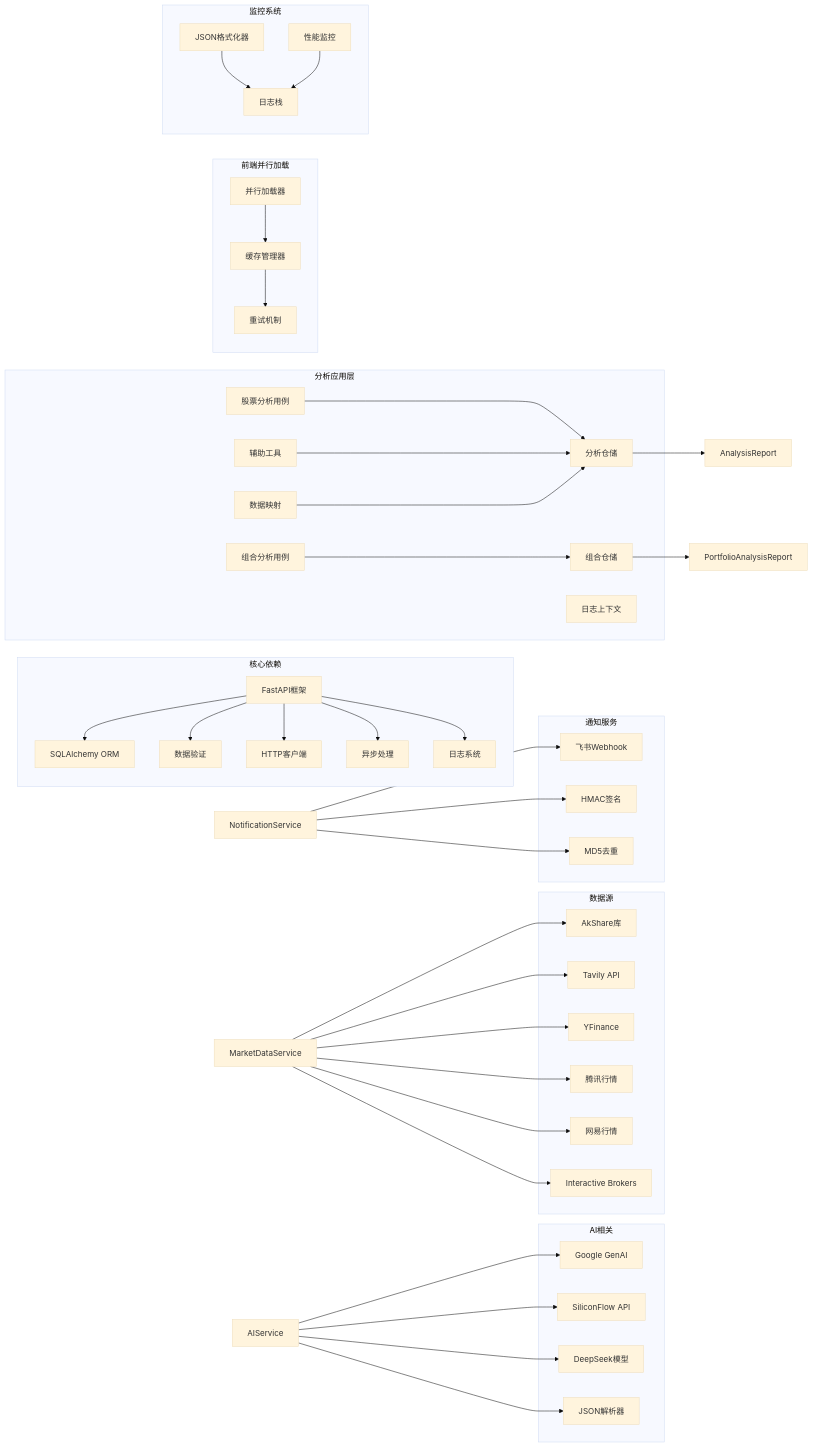
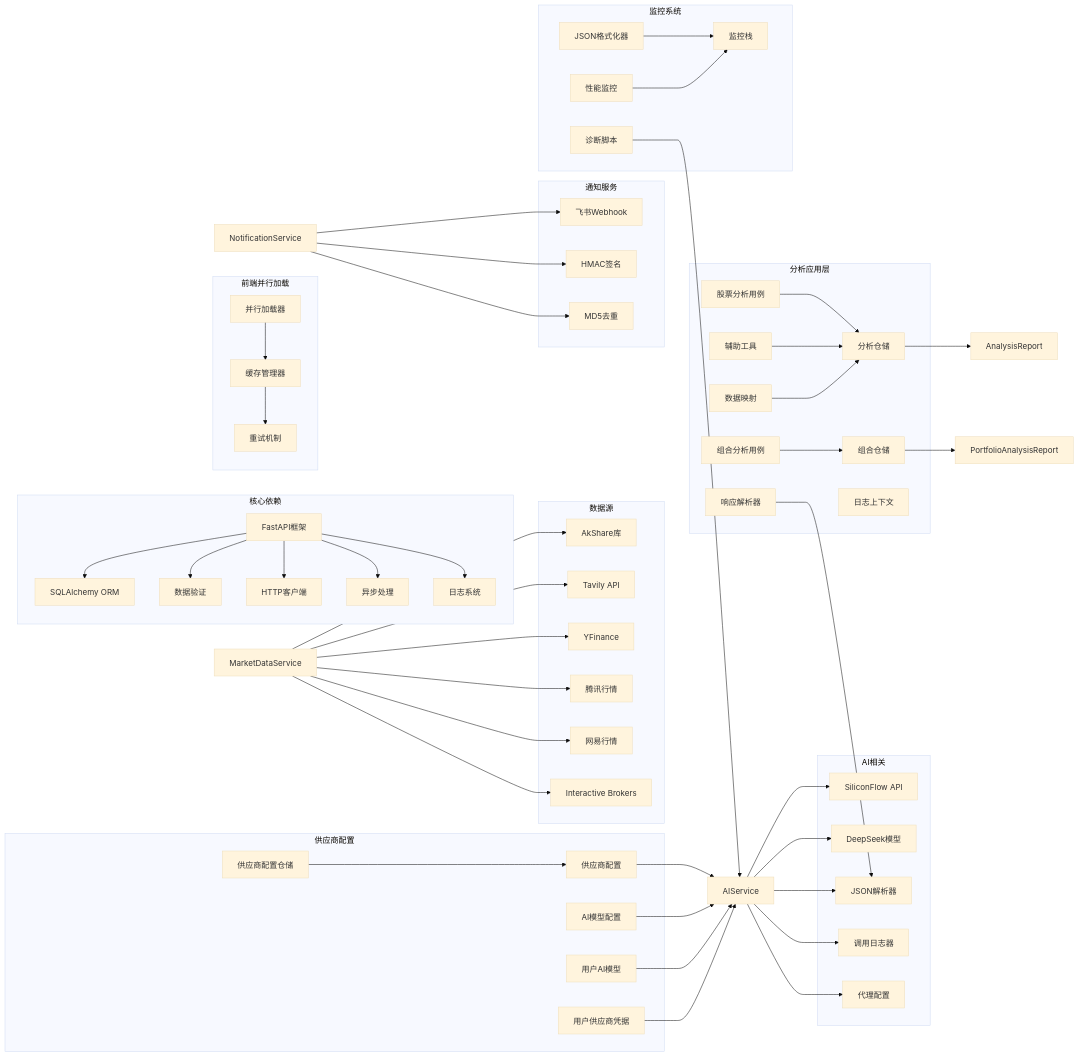
Diagram 16 of 16 in .qoder/repowiki/zh/content/Enhanced Ai Analysis Service.md (breeze-lyf/ai-stock-advisor), drawn with Mermaid (base theme) before and after one commit. The commit also changed other lines of this file and 30 other files, not shown here.

````diff
--- a/.qoder/repowiki/zh/content/Enhanced Ai Analysis Service.md
+++ b/.qoder/repowiki/zh/content/Enhanced Ai Analysis Service.md
@@ -817,10 +967,11 @@
 logging[日志系统]
 end
 subgraph "AI相关"
-Gemini[Google GenAI]
 SiliconFlow[SiliconFlow API]
 DeepSeek[DeepSeek模型]
 JSONParser[JSON解析器]
+CallLogger[调用日志器]
+ProxyConfig[代理配置]
 end
 subgraph "数据源"
 AkShare[AkShare库]
@@ -843,6 +994,7 @@
 Helpers[辅助工具]
 Mappers[数据映射]
 LogContext[日志上下文]
+Parser[响应解析器]
 end
 subgraph "前端并行加载"
 ParallelLoader[并行加载器]
@@ -852,17 +1004,26 @@
 subgraph "监控系统"
 JSONFormatter[JSON格式化器]
 PerformanceMonitor[性能监控]
-LogStack[日志栈]
+MonitoringStack[监控栈]
+DiagnosticScript[诊断脚本]
+end
+subgraph "供应商配置"
+ProviderConfig[供应商配置]
+AIModelConfig[AI模型配置]
+UserAIModel[用户AI模型]
+UserProviderCredential[用户供应商凭据]
+ProviderConfigRepository[供应商配置仓储]
 end
 FastAPI --> SQLAlchemy
 FastAPI --> Pydantic
 FastAPI --> HTTPX
 FastAPI --> asyncio
 FastAPI --> logging
-AIService --> Gemini
 AIService --> SiliconFlow
 AIService --> DeepSeek
 AIService --> JSONParser
+AIService --> CallLogger
+AIService --> ProxyConfig
 MarketDataService --> AkShare
 MarketDataService --> Tavily
 MarketDataService --> YFinance
@@ -878,8 +1039,15 @@
 PortfolioRepository --> PortfolioAnalysisReport
 Helpers --> AnalysisRepository
 Mappers --> AnalysisRepository
+Parser --> JSONParser
 ParallelLoader --> CacheManager
 CacheManager --> RetryMechanism
-JSONFormatter --> LogStack
-PerformanceMonitor --> LogStack
+JSONFormatter --> MonitoringStack
+PerformanceMonitor --> MonitoringStack
+DiagnosticScript --> AIService
+ProviderConfig --> AIService
+AIModelConfig --> AIService
+UserAIModel --> AIService
+UserProviderCredential --> AIService
+ProviderConfigRepository --> ProviderConfig
 ```
````
